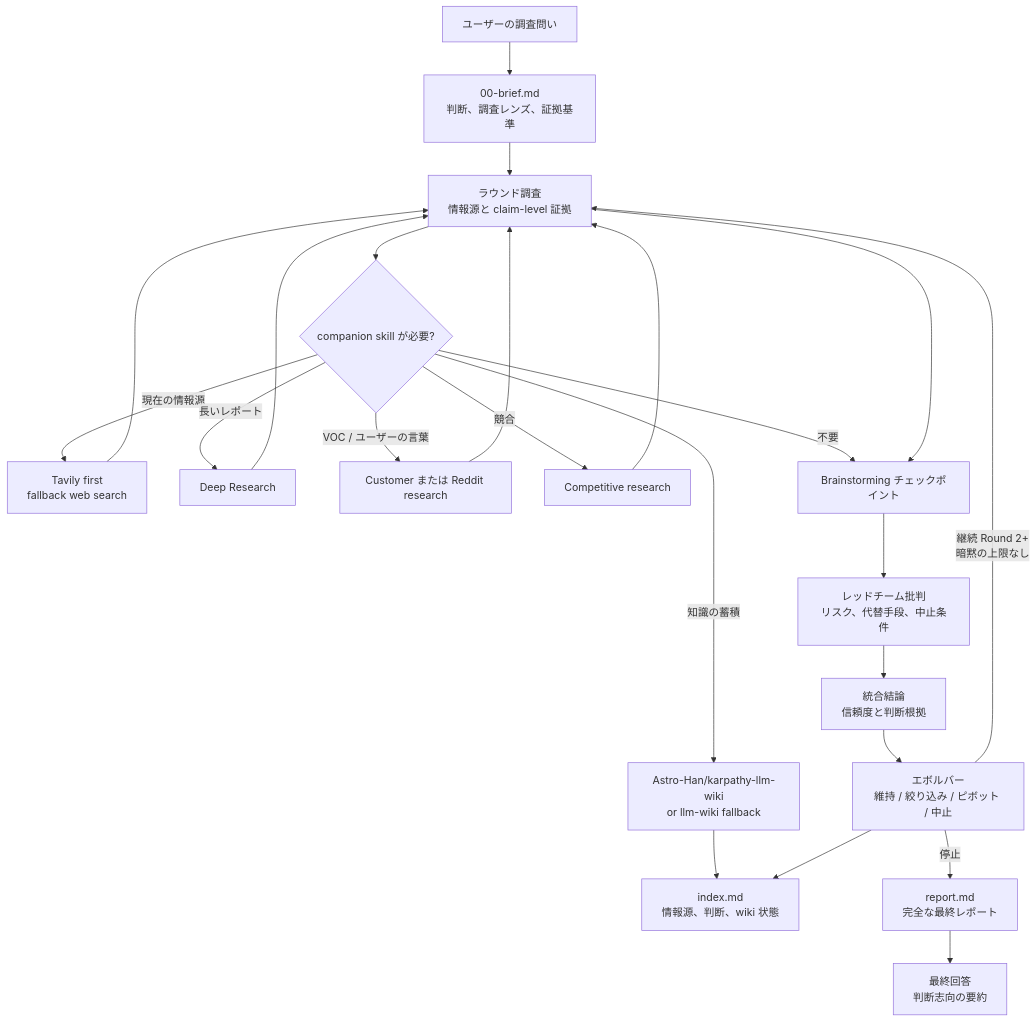
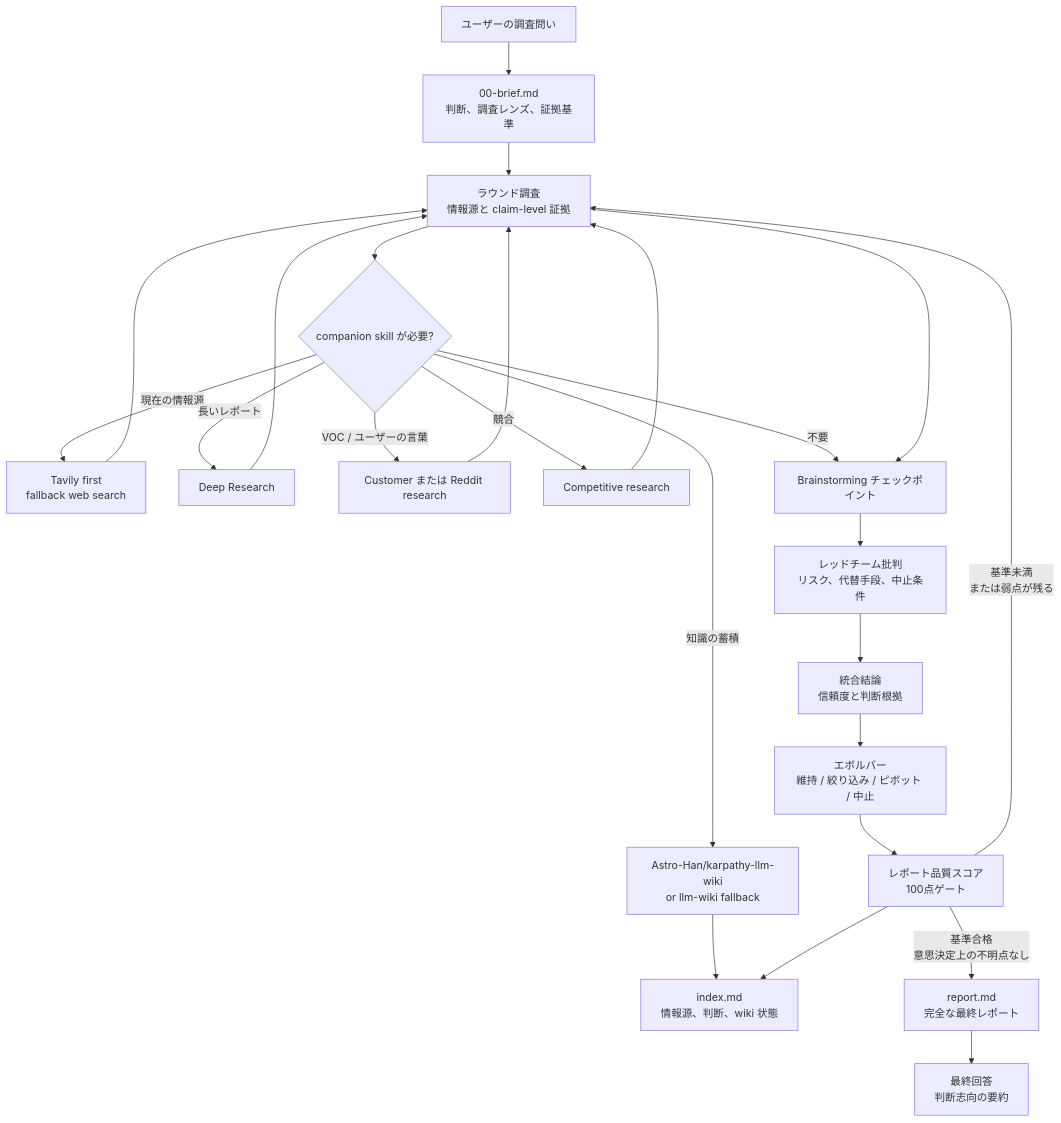
One commit to GoatGit/super-survey changed the diagram in README.ja.md. Above: the diagram before and after it, drawn with Mermaid. The commit also changed other lines of this file and 5 other files, not shown here.

````diff
--- a/README.ja.md
+++ b/README.ja.md
@@ -111,25 +127,26 @@
 ```mermaid
 flowchart TD
     A[ユーザーの調査問い] --> B[00-brief.md<br/>判断、調査レンズ、証拠基準]
     B --> C[ラウンド調査<br/>情報源と claim-level 証拠]
     C --> D{companion skill が必要?}
     D -->|現在の情報源| D1[Tavily first<br/>fallback web search]
     D -->|長いレポート| D2[Deep Research]
     D -->|VOC / ユーザーの言葉| D3[Customer または Reddit research]
     D -->|競合| D4[Competitive research]
     D -->|知識の蓄積| D5[Astro-Han/karpathy-llm-wiki<br/>or llm-wiki fallback]
     D -->|不要| E[Brainstorming チェックポイント]
     D1 --> C
     D2 --> C
     D3 --> C
     D4 --> C
     D5 --> I[index.md]
     C --> E[Brainstorming チェックポイント]
     E --> F[レッドチーム批判<br/>リスク、代替手段、中止条件]
     F --> G[統合結論<br/>信頼度と判断根拠]
     G --> H[エボルバー<br/>維持 / 絞り込み / ピボット / 中止]
-    H --> I[index.md<br/>情報源、判断、wiki 状態]
-    H -->|継続 Round 2+<br/>暗黙の上限なし| C
-    H -->|停止| J[report.md<br/>完全な最終レポート]
+    H --> Q[レポート品質スコア<br/>100点ゲート]
+    Q --> I[index.md<br/>情報源、判断、wiki 状態]
+    Q -->|基準未満<br/>または弱点が残る| C
+    Q -->|基準合格<br/>意思決定上の不明点なし| J[report.md<br/>完全な最終レポート]
     J --> K[最終回答<br/>判断志向の要約]
 ```
````
